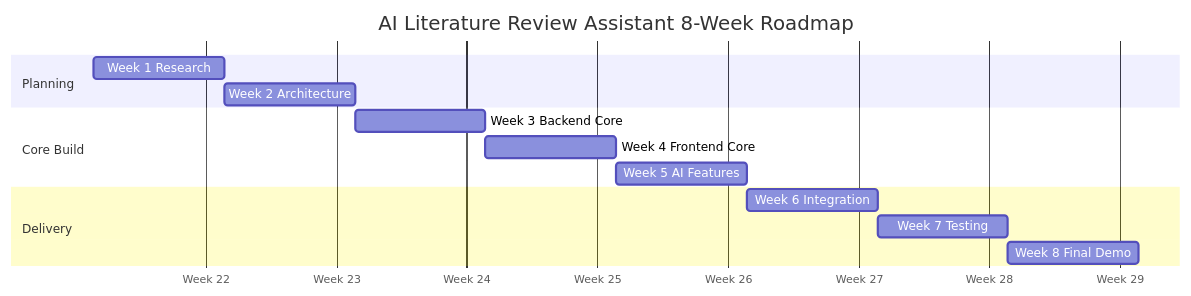
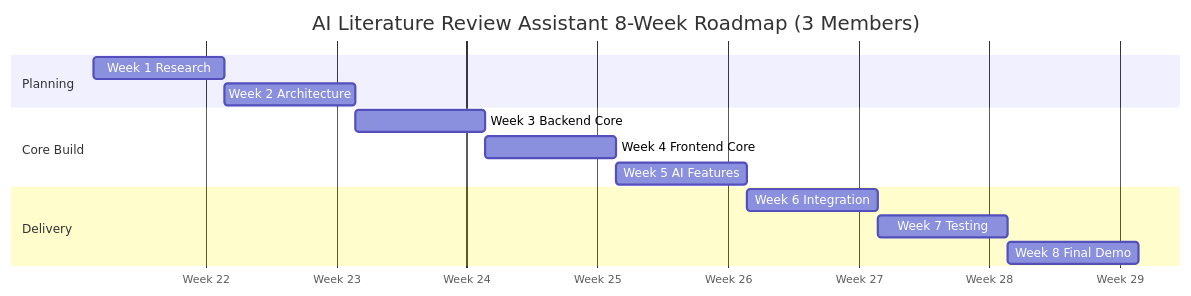
The diagram in docs/roadmap.md (vietlinhh02/lumen-agent), drawn with Mermaid before and after one commit. The commit also changed other lines of this file and 3 other files, not shown here.

Commit message:
docs: update problem statement, team plan, roadmap, and risks for 3-member team

````diff
--- a/docs/roadmap.md
+++ b/docs/roadmap.md
@@ -10,17 +14,17 @@
 ```mermaid
 gantt
-    title AI Literature Review Assistant 8-Week Roadmap
+    title AI Literature Review Assistant 8-Week Roadmap (3 Members)
     dateFormat  YYYY-MM-DD
     axisFormat  Week %W
     section Planning
     Week 1 Research           :a1, 2026-06-01, 7d
     Week 2 Architecture       :a2, after a1, 7d
     section Core Build
     Week 3 Backend Core       :b1, after a2, 7d
     Week 4 Frontend Core      :b2, after b1, 7d
     Week 5 AI Features        :b3, after b2, 7d
     section Delivery
     Week 6 Integration        :c1, after b3, 7d
     Week 7 Testing            :c2, after c1, 7d
     Week 8 Final Demo         :c3, after c2, 7d
 ```
````
